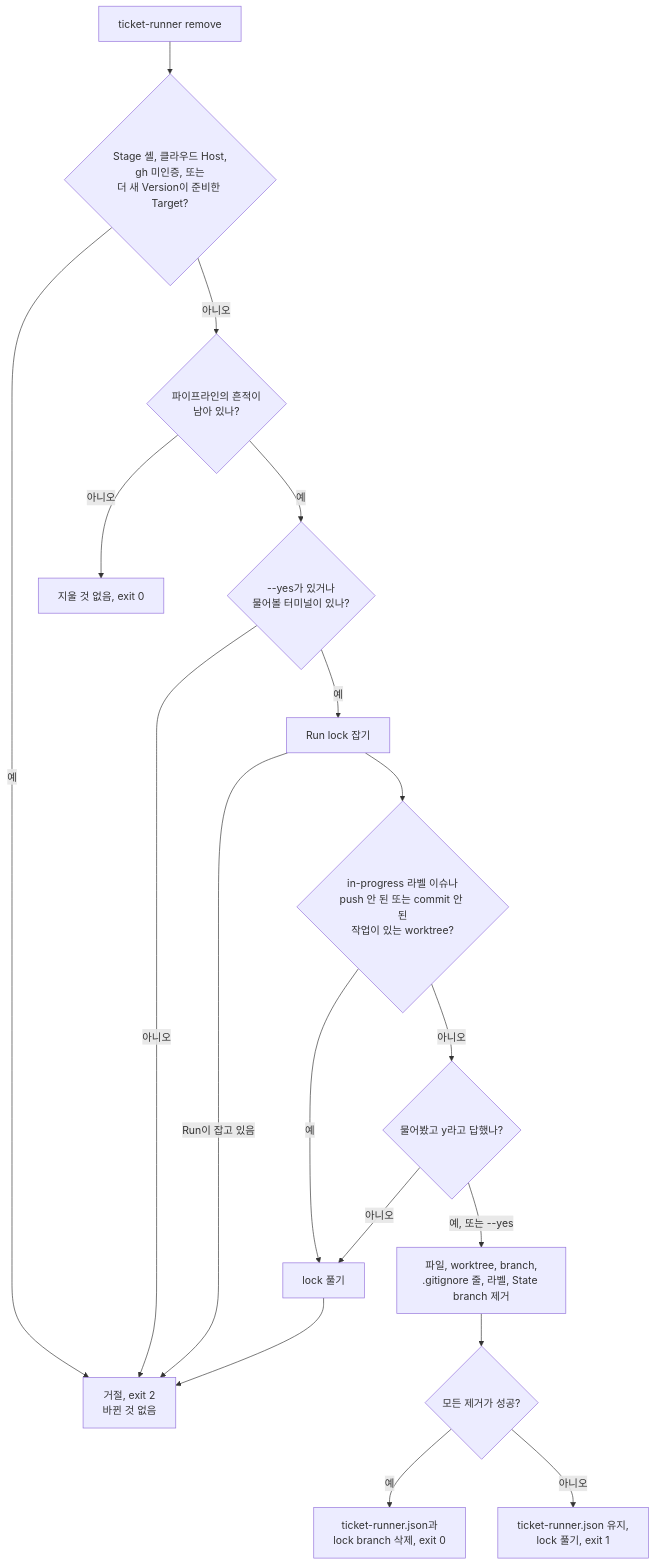
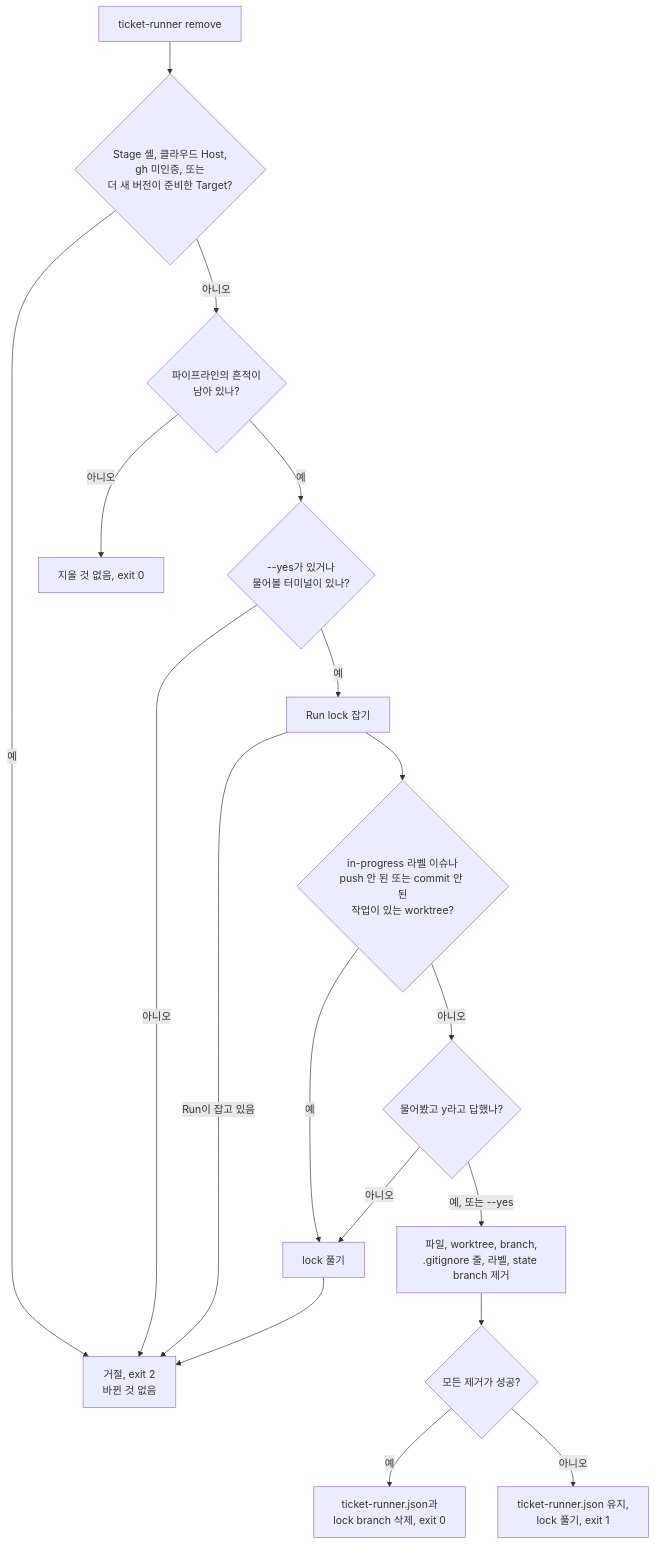
One commit to jjongs2/ticket-runner changed the diagram in wiki/ko/guide/installation.md. Above: the diagram before and after it, drawn with Mermaid. The commit also changed other lines of this file and 20 other files, not shown here.

````diff
--- a/wiki/ko/guide/installation.md
+++ b/wiki/ko/guide/installation.md
@@ -190,19 +190,19 @@
 ```mermaid
 flowchart TD
-  A["ticket-runner remove"] --> B{"Stage 셸, 클라우드 Host,<br>gh 미인증, 또는<br>더 새 Version이 준비한 Target?"}
+  A["ticket-runner remove"] --> B{"Stage 셸, 클라우드 Host,<br>gh 미인증, 또는<br>더 새 버전이 준비한 Target?"}
   B -- 예 --> R["거절, exit 2<br>바뀐 것 없음"]
   B -- 아니오 --> C{"파이프라인의 흔적이<br>남아 있나?"}
   C -- 아니오 --> N["지울 것 없음, exit 0"]
   C -- 예 --> D{"--yes가 있거나<br>물어볼 터미널이 있나?"}
   D -- 아니오 --> R
   D -- 예 --> E["Run lock 잡기"]
   E -- "Run이 잡고 있음" --> R
   E --> F{"in-progress 라벨 이슈나<br>push 안 된 또는 commit 안 된<br>작업이 있는 worktree?"}
   F -- 예 --> RL["lock 풀기"] --> R
   F -- 아니오 --> Q{"물어봤고 y라고 답했나?"}
   Q -- 아니오 --> RL
-  Q -- "예, 또는 --yes" --> G["파일, worktree, branch,<br>.gitignore 줄, 라벨, State branch 제거"]
+  Q -- "예, 또는 --yes" --> G["파일, worktree, branch,<br>.gitignore 줄, 라벨, state branch 제거"]
   G --> H{"모든 제거가 성공?"}
   H -- 예 --> I["ticket-runner.json과<br>lock branch 삭제, exit 0"]
   H -- 아니오 --> J["ticket-runner.json 유지,<br>lock 풀기, exit 1"]
 ```
````
